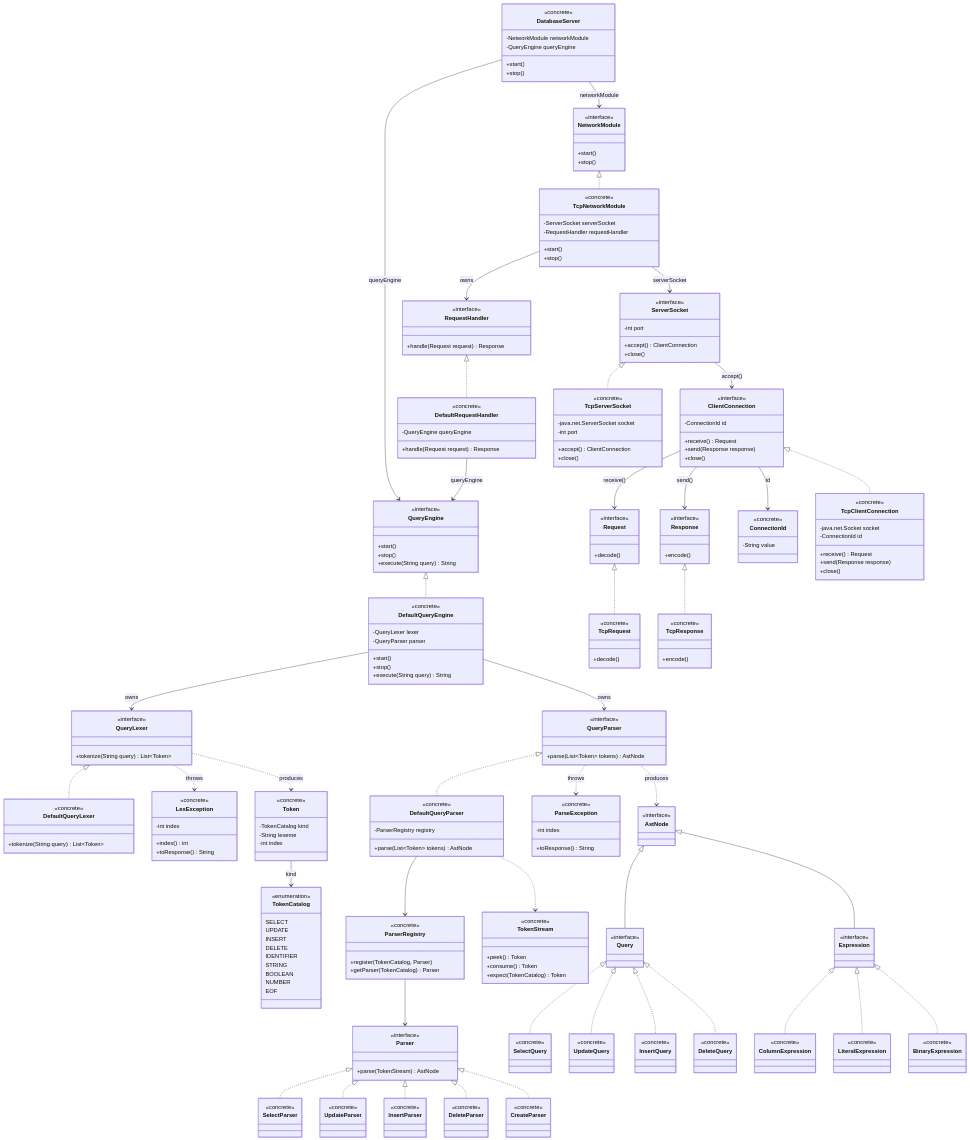
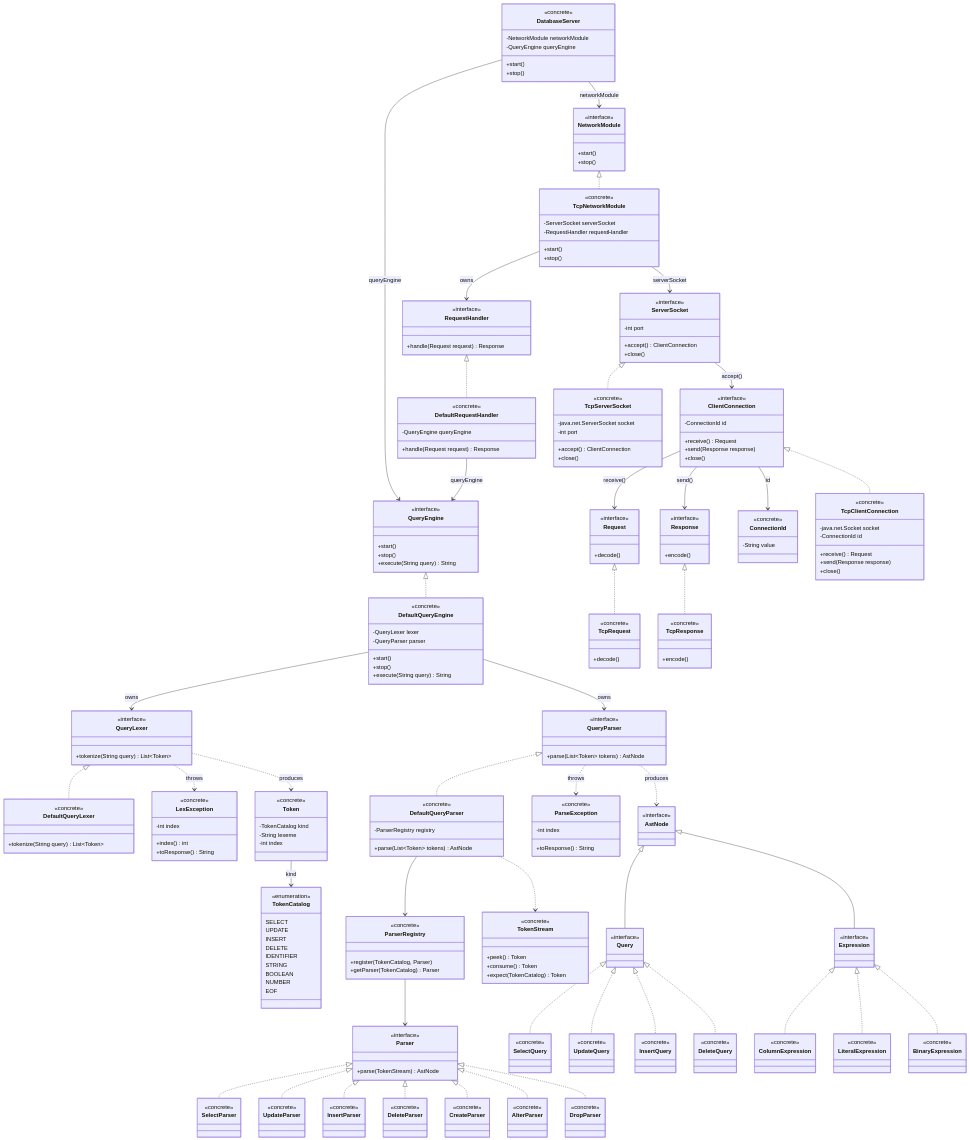
Before and after one commit to ItsPalash13/java-db: the diagram in docs/lld/java-database-lld.md, drawn with Mermaid. The commit also changed 16 other files, not shown here.

Commit message:
feat: Lex and parse ALTER TABLE, DROP, and CREATE INDEX DDL.

```diff
--- a/docs/lld/java-database-lld.md
+++ b/docs/lld/java-database-lld.md
@@ -119,6 +119,14 @@
     }
 
     class CreateParser {
+        <<concrete>>
+    }
+
+    class AlterParser {
+        <<concrete>>
+    }
+
+    class DropParser {
         <<concrete>>
     }
 
@@ -253,6 +261,8 @@
     Parser <|.. InsertParser
     Parser <|.. DeleteParser
     Parser <|.. CreateParser
+    Parser <|.. AlterParser
+    Parser <|.. DropParser
 
     TcpNetworkModule --> RequestHandler : owns
     DefaultRequestHandler --> QueryEngine : queryEngine
```
